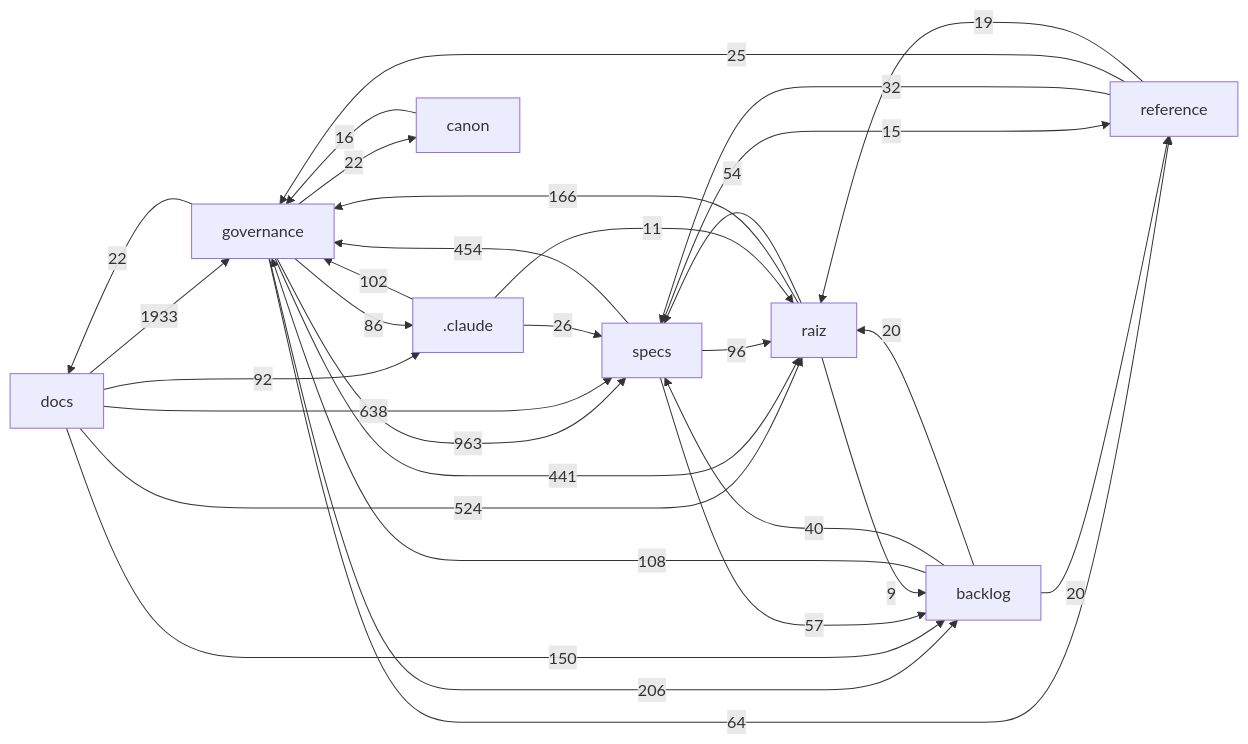
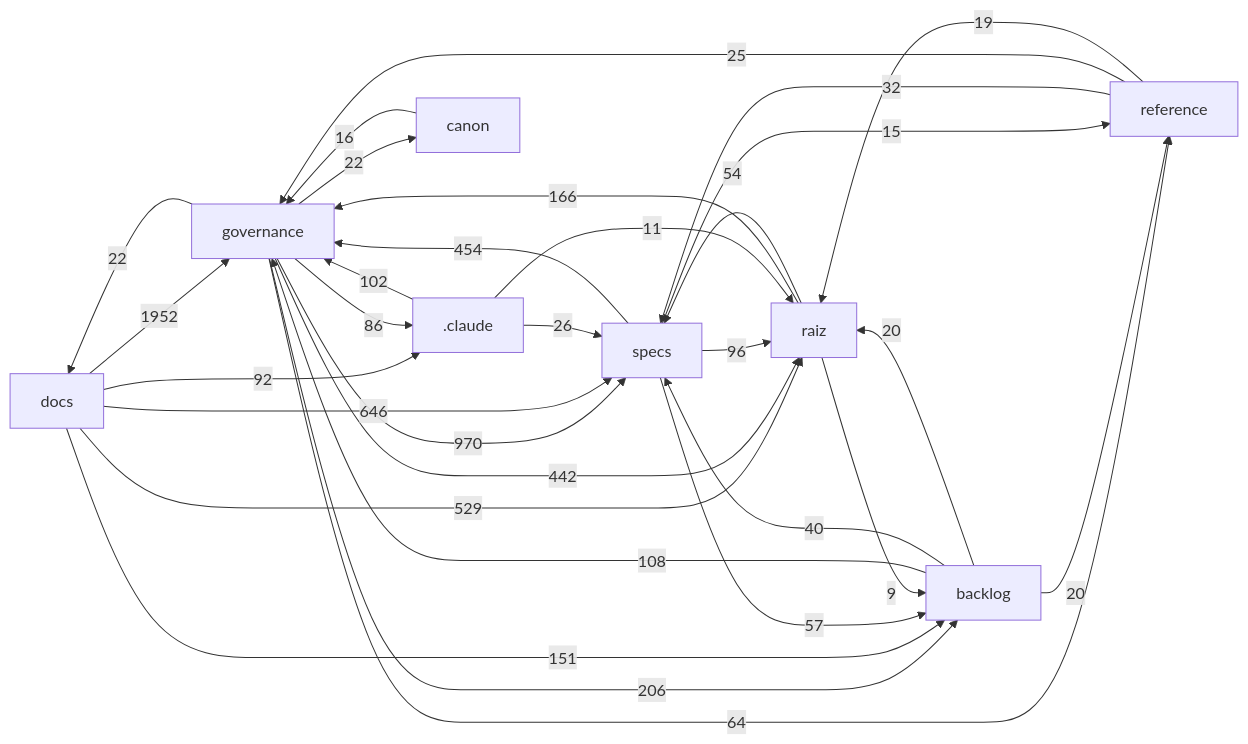
The diagram in docs/mapa/MAPA-PROJETO.md (Andraus35/Sistema-Operacional-de-Trading--SOT), drawn with Mermaid before and after one commit. The commit also changed other lines of this file and 8 other files, not shown here.

````diff
--- a/docs/mapa/MAPA-PROJETO.md
+++ b/docs/mapa/MAPA-PROJETO.md
@@ -29,33 +29,33 @@
 ```mermaid
 flowchart LR
-  docs["docs"] -->|1933| governance["governance"]
-  governance["governance"] -->|963| specs["specs"]
-  docs["docs"] -->|638| specs["specs"]
-  docs["docs"] -->|524| raiz["raiz"]
+  docs["docs"] -->|1952| governance["governance"]
+  governance["governance"] -->|970| specs["specs"]
+  docs["docs"] -->|646| specs["specs"]
+  docs["docs"] -->|529| raiz["raiz"]
   specs["specs"] -->|454| governance["governance"]
-  governance["governance"] -->|441| raiz["raiz"]
+  governance["governance"] -->|442| raiz["raiz"]
   governance["governance"] -->|206| backlog["backlog"]
   raiz["raiz"] -->|166| governance["governance"]
-  docs["docs"] -->|150| backlog["backlog"]
+  docs["docs"] -->|151| backlog["backlog"]
   backlog["backlog"] -->|108| governance["governance"]
   _claude[".claude"] -->|102| governance["governance"]
   specs["specs"] -->|96| raiz["raiz"]
   docs["docs"] -->|92| _claude[".claude"]
   governance["governance"] -->|86| _claude[".claude"]
   governance["governance"] -->|64| reference["reference"]
   specs["specs"] -->|57| backlog["backlog"]
   raiz["raiz"] -->|54| specs["specs"]
   backlog["backlog"] -->|40| specs["specs"]
   reference["reference"] -->|32| specs["specs"]
   _claude[".claude"] -->|26| specs["specs"]
   reference["reference"] -->|25| governance["governance"]
   governance["governance"] -->|22| docs["docs"]
   governance["governance"] -->|22| canon["canon"]
   backlog["backlog"] -->|20| raiz["raiz"]
   backlog["backlog"] -->|20| reference["reference"]
   reference["reference"] -->|19| raiz["raiz"]
   canon["canon"] -->|16| governance["governance"]
   specs["specs"] -->|15| reference["reference"]
   _claude[".claude"] -->|11| raiz["raiz"]
   raiz["raiz"] -->|9| backlog["backlog"]
 ```
````
